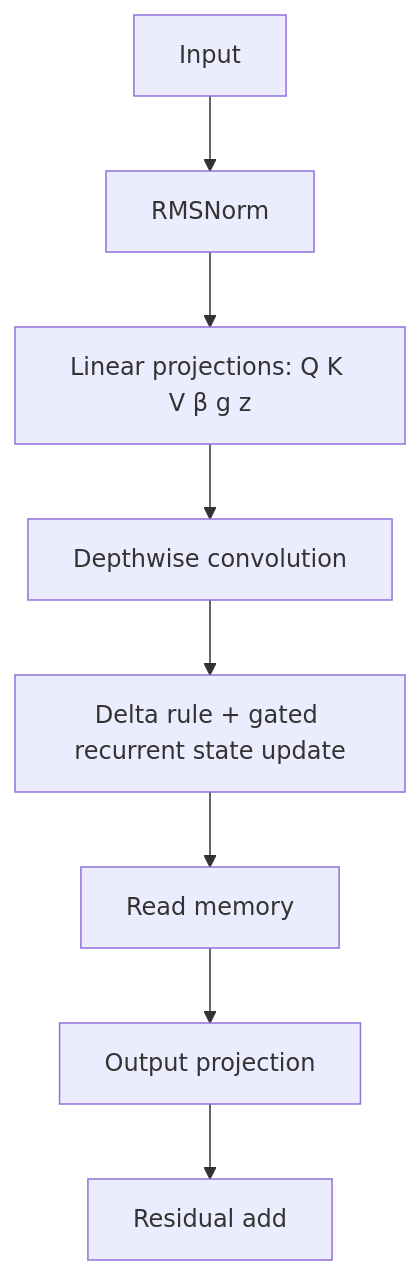
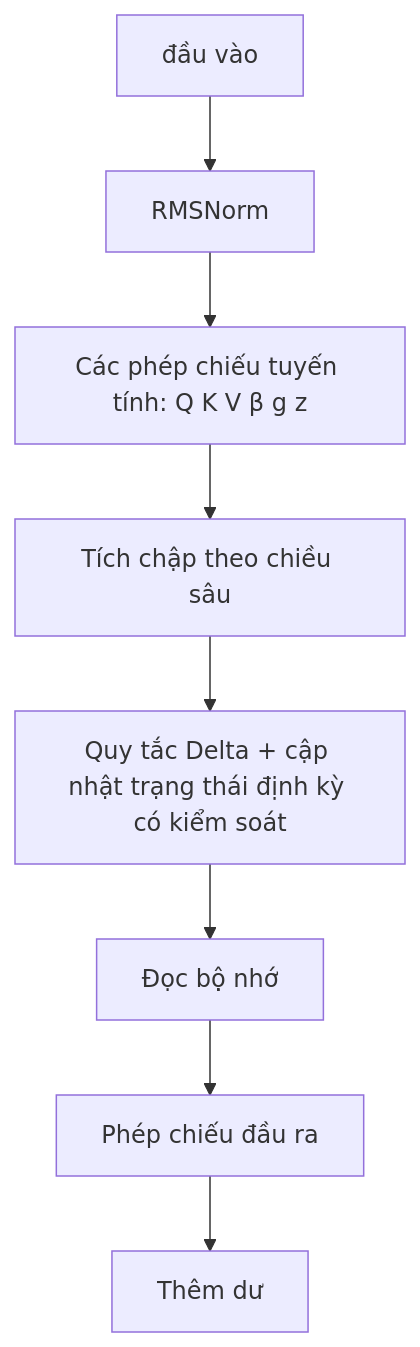
The second of 4 diagrams in docs/research_finding/01-gwen/qwen_models/Qwen3.6/architecture.md (cycler04/VinRobotics-VLA), drawn with Mermaid before and after one commit. The commit also changed other lines of this file and 24 other files, not shown here.

````diff
--- a/docs/research_finding/01-gwen/qwen_models/Qwen3.6/architecture.md
+++ b/docs/research_finding/01-gwen/qwen_models/Qwen3.6/architecture.md
@@ -80,10 +80,10 @@
 ```mermaid
 flowchart TB
-  X[Input] --> N[RMSNorm]
-  N --> P[Linear projections: Q K V β g z]
-  P --> C[Depthwise convolution]
-  C --> U[Delta rule + gated recurrent state update]
-  U --> M[Read memory]
-  M --> O[Output projection]
-  O --> R[Residual add]
+  X[đầu vào] --> N[RMSNorm]
+  N --> P[Các phép chiếu tuyến tính: Q K V β g z]
+  P --> C[Tích chập theo chiều sâu]
+  C --> U[Quy tắc Delta + cập nhật trạng thái định kỳ có kiểm soát]
+  U --> M[Đọc bộ nhớ]
+  M --> O[Phép chiếu đầu ra]
+  O --> R[Thêm dư]
 ```
````
